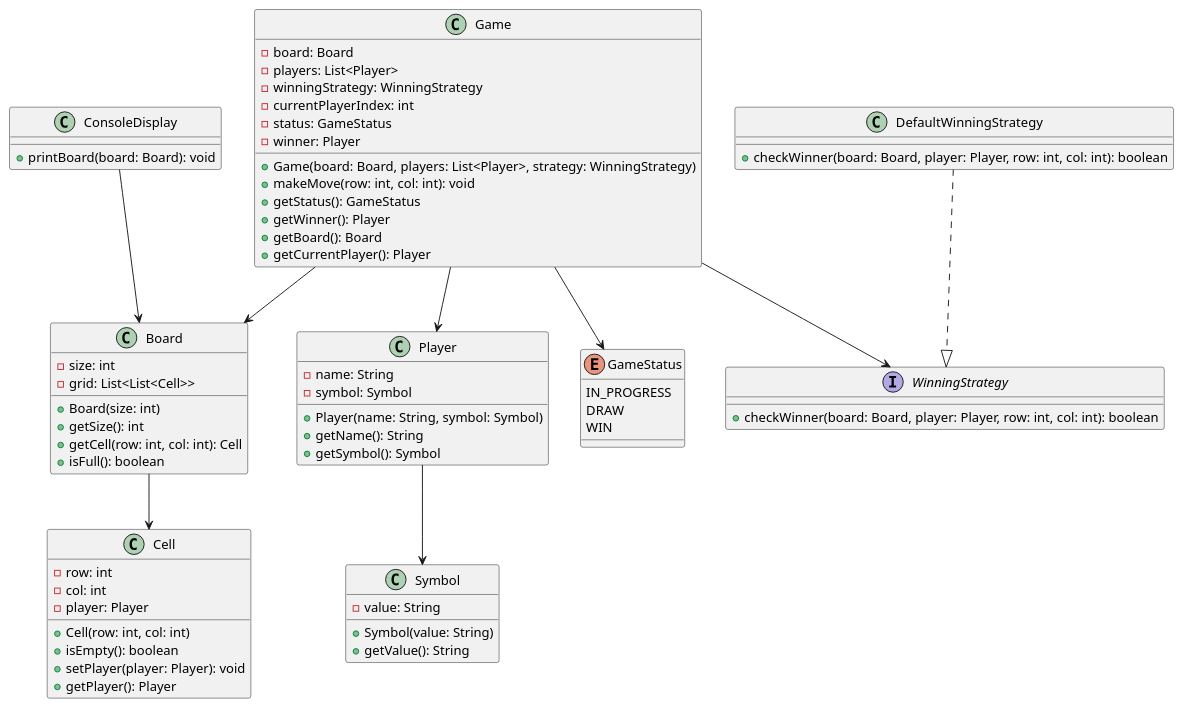
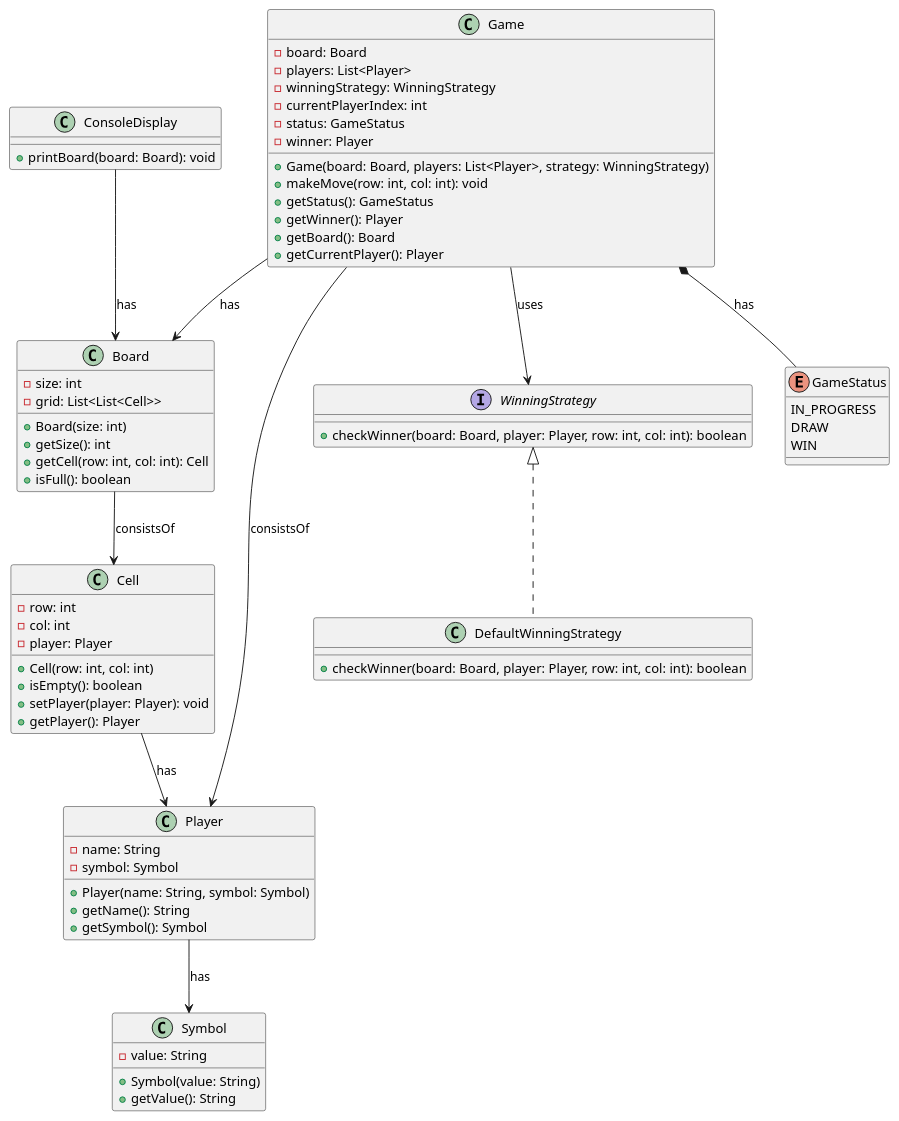
The diagram in out/production/Problems/TicTacToe/Version1/UML/class-diag.puml (Sundeep220/System-Design-Java), drawn with PlantUML before and after one commit. The commit also changed 54 other files, not shown here.

```diff
--- a/out/production/Problems/TicTacToe/Version1/UML/class-diag.puml
+++ b/out/production/Problems/TicTacToe/Version1/UML/class-diag.puml
@@ -1,80 +1,81 @@
 @startuml
 
 class Symbol {
     - value: String
     + Symbol(value: String)
     + getValue(): String
 }
 
 class Player {
     - name: String
     - symbol: Symbol
     + Player(name: String, symbol: Symbol)
     + getName(): String
     + getSymbol(): Symbol
 }
 
 class Cell {
     - row: int
     - col: int
     - player: Player
     + Cell(row: int, col: int)
     + isEmpty(): boolean
     + setPlayer(player: Player): void
     + getPlayer(): Player
 }
 
 class Board {
     - size: int
     - grid: List<List<Cell>>
     + Board(size: int)
     + getSize(): int
     + getCell(row: int, col: int): Cell
     + isFull(): boolean
 }
 
 interface WinningStrategy {
     + checkWinner(board: Board, player: Player, row: int, col: int): boolean
 }
 
-class DefaultWinningStrategy {
+class DefaultWinningStrategy implements WinningStrategy {
     + checkWinner(board: Board, player: Player, row: int, col: int): boolean
 }
 
 class Game {
     - board: Board
     - players: List<Player>
     - winningStrategy: WinningStrategy
     - currentPlayerIndex: int
     - status: GameStatus
     - winner: Player
     + Game(board: Board, players: List<Player>, strategy: WinningStrategy)
     + makeMove(row: int, col: int): void
     + getStatus(): GameStatus
     + getWinner(): Player
     + getBoard(): Board
     + getCurrentPlayer(): Player
 }
 
 class ConsoleDisplay {
     + printBoard(board: Board): void
 }
 
 enum GameStatus {
     IN_PROGRESS
     DRAW
     WIN
 }
 
 ' Relationships
 
-Player --> Symbol
-Board --> Cell
-Game --> Board
-Game --> Player
-Game --> WinningStrategy
-DefaultWinningStrategy ..|> WinningStrategy
-Game --> GameStatus
-ConsoleDisplay --> Board
+Player --> Symbol : has
+Board --> Cell : consistsOf
+Game --> Board : has
+Game --> Player : consistsOf
+Game --> WinningStrategy : uses
+'DefaultWinningStrategy ..|> WinningStrategy  either this or use implements
+Game *-- GameStatus : has
+ConsoleDisplay --> Board : has
+Cell --> Player : has
 
 @enduml
```
